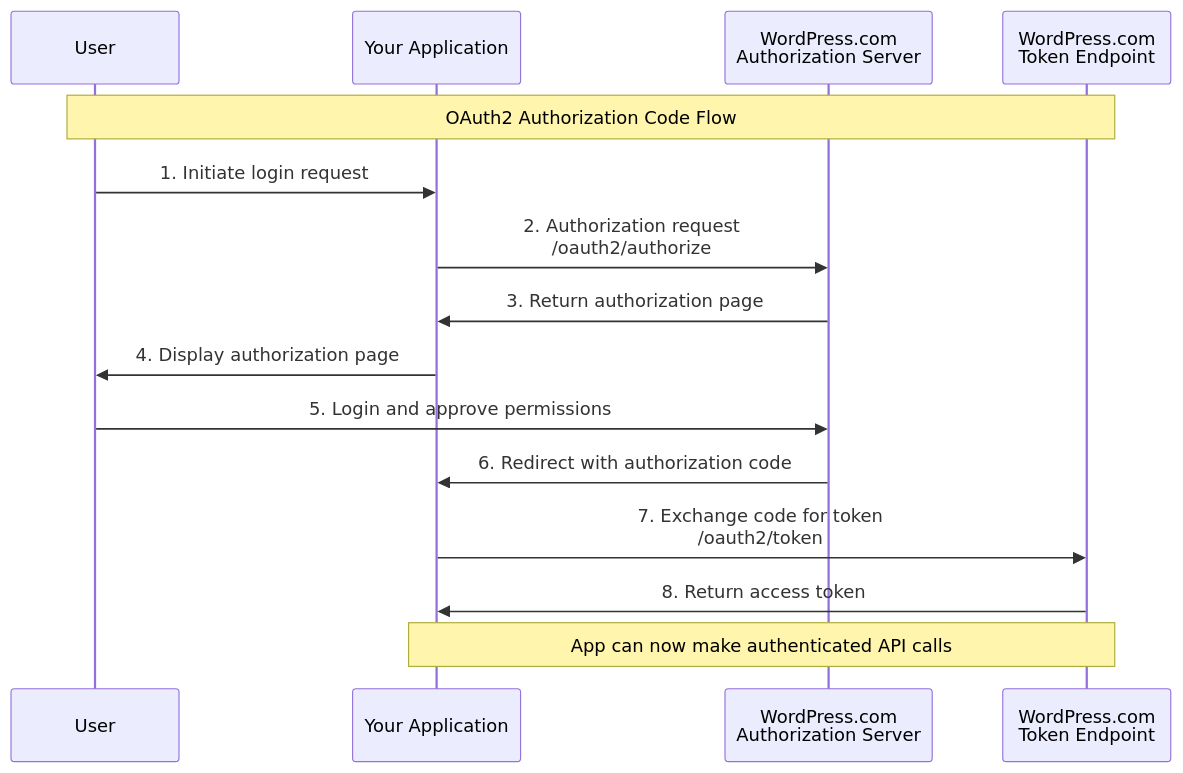
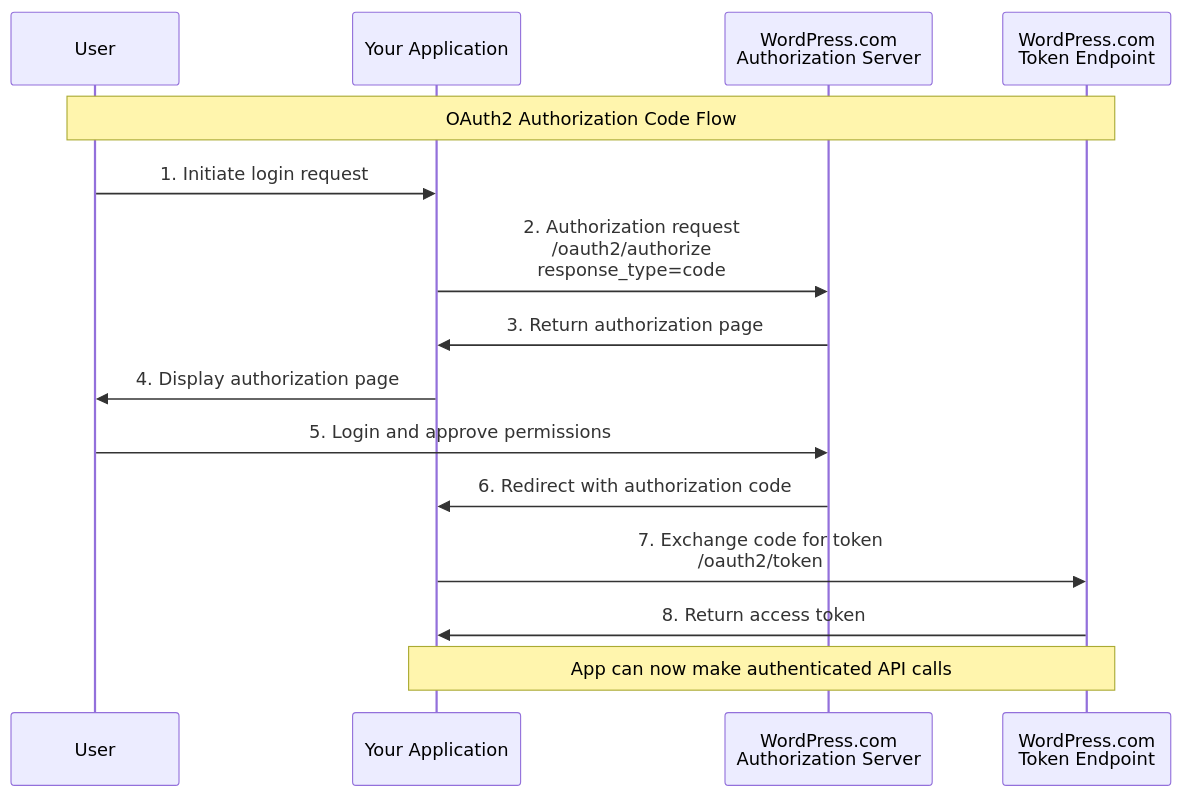
The first of 3 diagrams in 5-oauth2-authentication.md (juanma-wp/wpcom-rest-api-docs), drawn with Mermaid before and after one commit. The commit also changed other lines of this file, not shown here.

````diff
--- a/5-oauth2-authentication.md
+++ b/5-oauth2-authentication.md
@@ -215,20 +212,20 @@
 ```mermaid
 sequenceDiagram
     participant User
     participant App as Your Application
     participant AuthServer as WordPress.com<br/>Authorization Server
     participant TokenEndpoint as WordPress.com<br/>Token Endpoint
 
     Note over User,TokenEndpoint: OAuth2 Authorization Code Flow
     
     User->>App: 1. Initiate login request
-    App->>AuthServer: 2. Authorization request<br/>/oauth2/authorize
+    App->>AuthServer: 2. Authorization request<br/>/oauth2/authorize<br/>response_type=code
     AuthServer->>App: 3. Return authorization page
     App->>User: 4. Display authorization page
     User->>AuthServer: 5. Login and approve permissions
     AuthServer->>App: 6. Redirect with authorization code
     App->>TokenEndpoint: 7. Exchange code for token<br/>/oauth2/token
     TokenEndpoint->>App: 8. Return access token
     
     Note over App,TokenEndpoint: App can now make authenticated API calls
 ```
````
